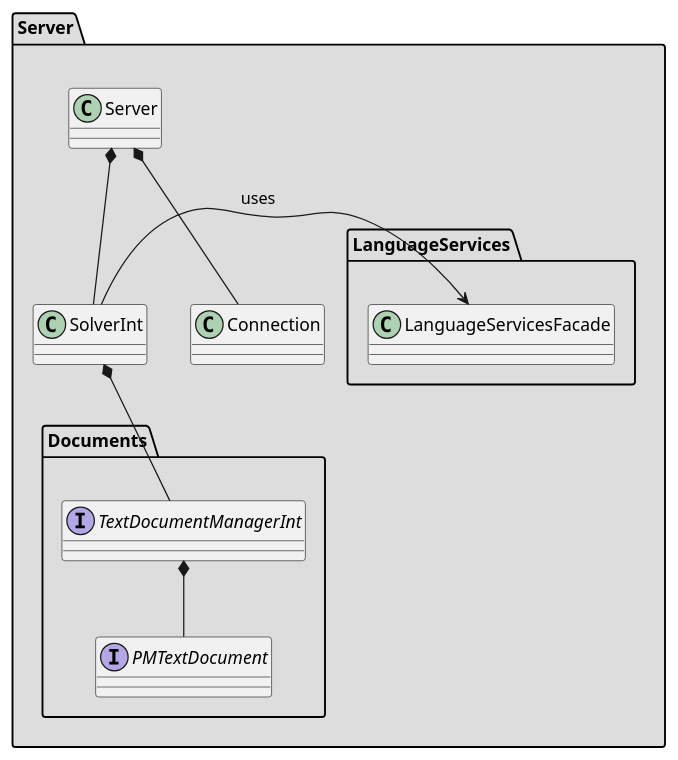
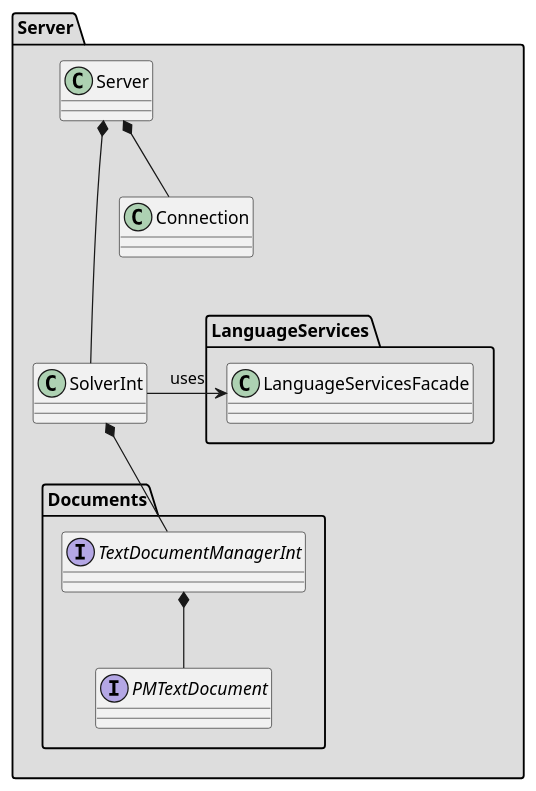
Before and after one commit to wolfj123/PolicyModelsPlugin: the diagram in plugin/diagrams/server/ServerMetaDiagram.puml, drawn with PlantUML. The commit also changed 1 other file, not shown here.

```diff
--- a/plugin/diagrams/server/ServerMetaDiagram.puml
+++ b/plugin/diagrams/server/ServerMetaDiagram.puml
@@ -1,29 +1,31 @@
 @startuml
 
 package Server #DDDDDD {
 
     package LanguageServices {
         class LanguageServicesFacade
     }
 
     package Documents{
         interface PMTextDocument
         interface TextDocumentManagerInt 
     }
 
     class SolverInt
     class Connection
     class Server
 
+    Connection -[hidden]- SolverInt
+
     SolverInt -> LanguageServicesFacade : "uses"
     Server *-- SolverInt
     Server *-- Connection
     
 
     SolverInt *-- TextDocumentManagerInt
     TextDocumentManagerInt *-- PMTextDocument
 }
 
 
 
 @enduml
```
